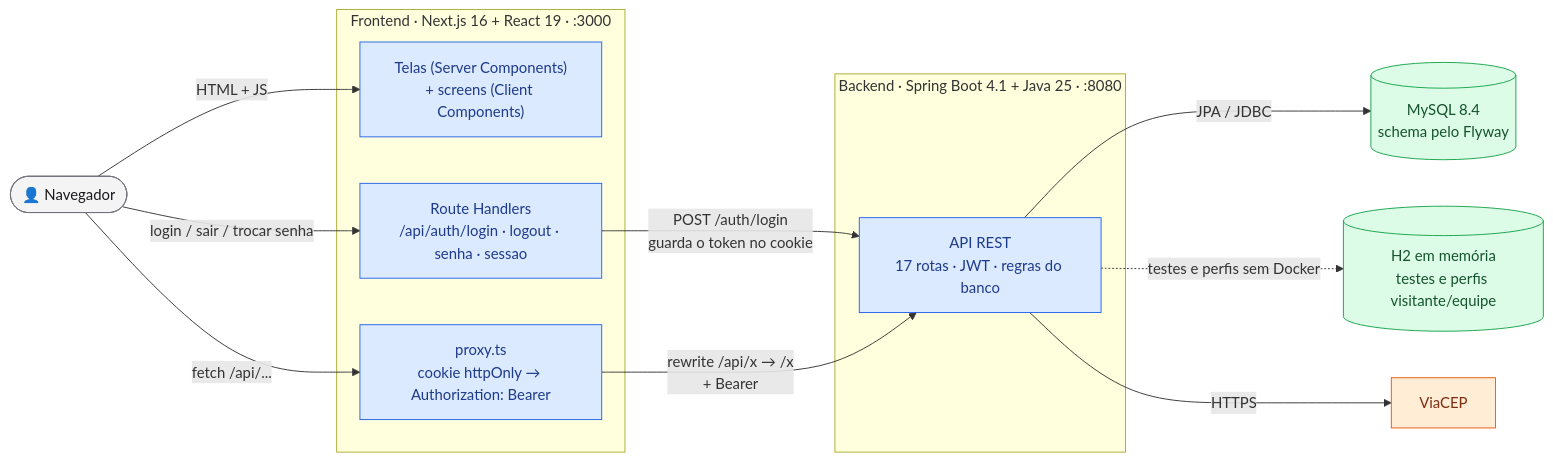
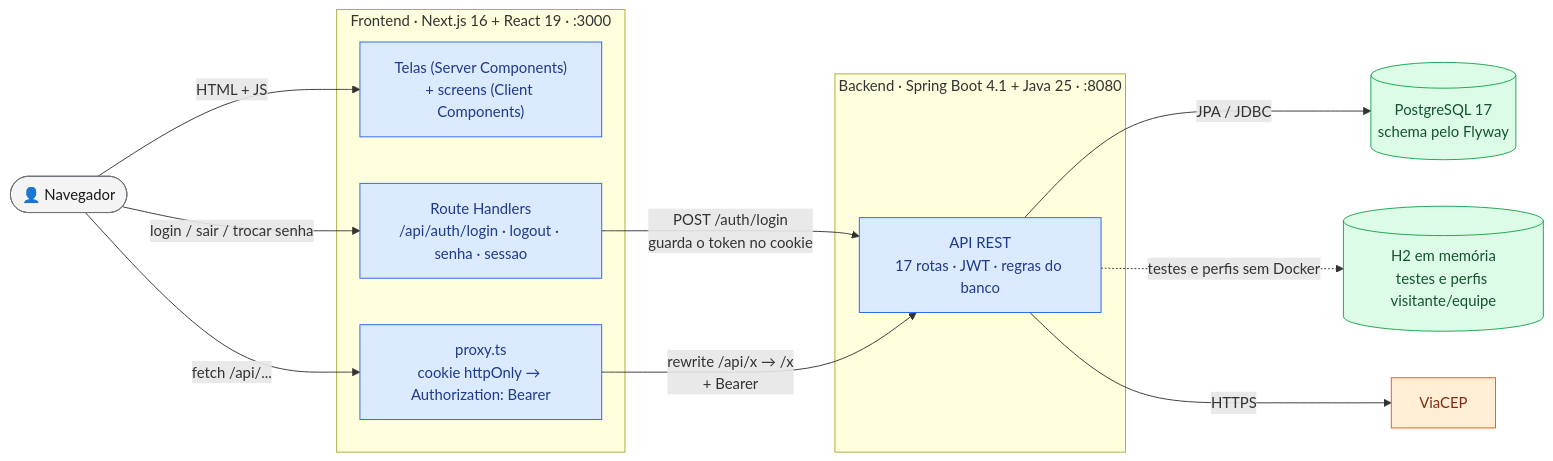
The fifth of 11 diagrams in FLUXOS.md (k3vinrich4rd/rkf_bank), drawn with Mermaid before and after one commit. The commit also changed other lines of this file and 21 other files, not shown here.

First line of the commit message:
docs(banco): decisao, guia de corte e prompt do Renan para o PostgreSQL

````diff
--- a/FLUXOS.md
+++ b/FLUXOS.md
@@ -265,32 +265,32 @@
 ```mermaid
 flowchart LR
     classDef pessoa fill:#f4f4f5,stroke:#71717a,color:#18181b
     classDef nosso fill:#dbeafe,stroke:#2563eb,color:#1e3a8a
     classDef dados fill:#dcfce7,stroke:#16a34a,color:#14532d
     classDef terceiro fill:#ffedd5,stroke:#ea580c,color:#7c2d12
 
     U(["👤 Navegador"]):::pessoa
 
     subgraph FE ["Frontend · Next.js 16 + React 19 · :3000"]
         PG["Telas (Server Components)<br/>+ screens (Client Components)"]:::nosso
         RH["Route Handlers<br/>/api/auth/login · logout · senha · sessao"]:::nosso
         PX["proxy.ts<br/>cookie httpOnly → Authorization: Bearer"]:::nosso
     end
 
     subgraph BE ["Backend · Spring Boot 4.1 + Java 25 · :8080"]
         API["API REST<br/>17 rotas · JWT · regras do banco"]:::nosso
     end
 
-    DB[("MySQL 8.4<br/>schema pelo Flyway")]:::dados
+    DB[("PostgreSQL 17<br/>schema pelo Flyway")]:::dados
     H2[("H2 em memória<br/>testes e perfis visitante/equipe")]:::dados
     VC["ViaCEP"]:::terceiro
 
     U -->|"HTML + JS"| PG
     U -->|"fetch /api/..."| PX
     U -->|"login / sair / trocar senha"| RH
     RH -->|"POST /auth/login<br/>guarda o token no cookie"| API
     PX -->|"rewrite /api/x → /x<br/>+ Bearer"| API
     API -->|"JPA / JDBC"| DB
     API -.->|"testes e perfis sem Docker"| H2
     API -->|"HTTPS"| VC
 ```
````
